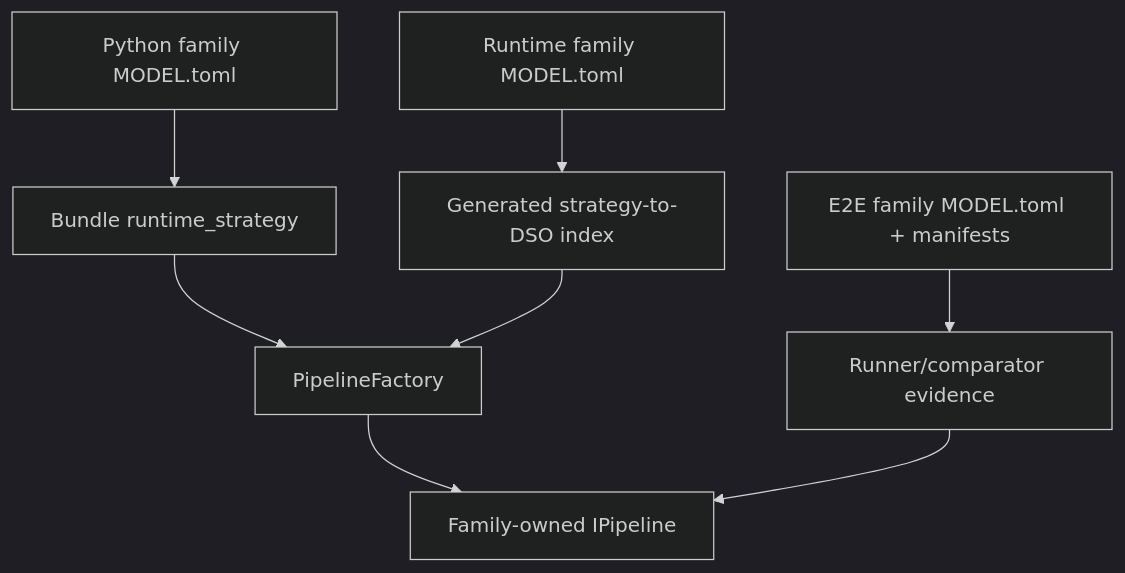
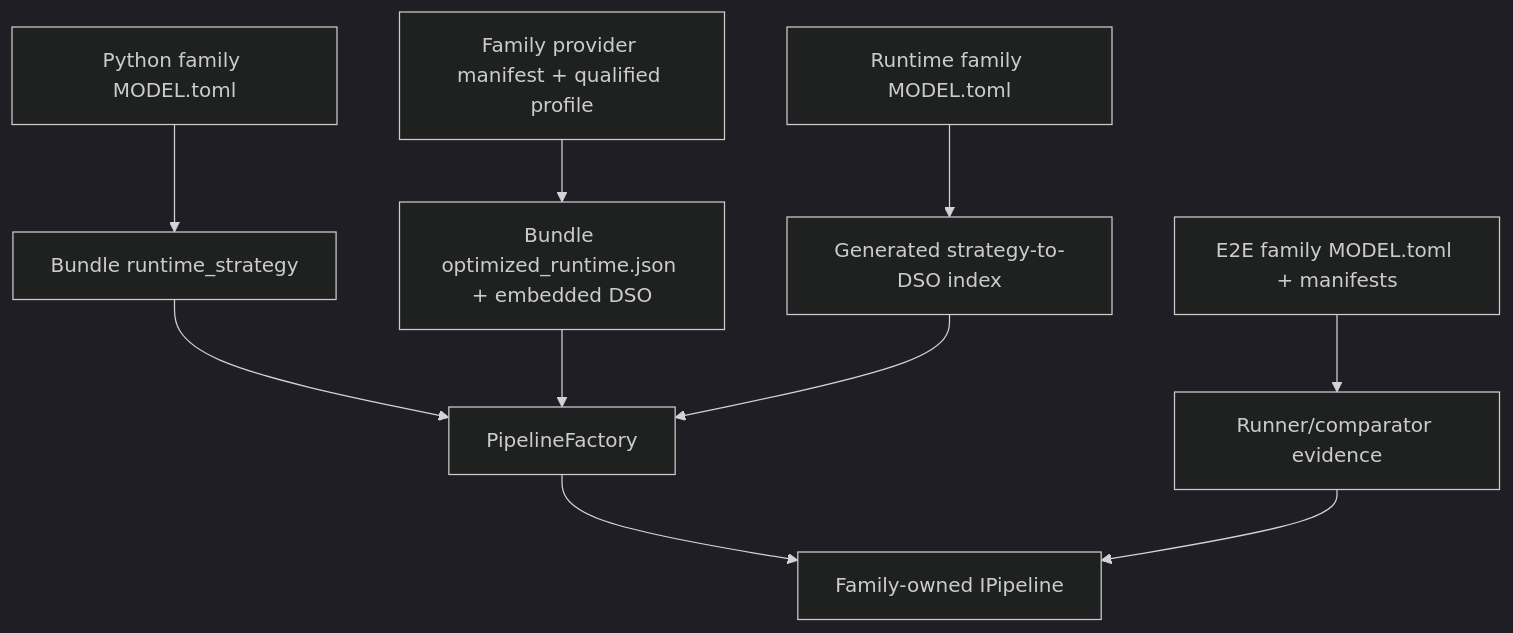
One commit to NVIDIA/TensorRT-Model-Connect changed the diagram in website/docs/wiki/Static-Design.md. Above: the diagram before and after it, drawn with Mermaid (dark theme). The commit also changed other lines of this file and 76 other files, not shown here.

````diff
--- a/website/docs/wiki/Static-Design.md
+++ b/website/docs/wiki/Static-Design.md
@@ -42,10 +43,12 @@
 ```mermaid
 flowchart TB
   Python["Python family MODEL.toml"] --> Bundle["Bundle runtime_strategy"]
+  Provider["Family provider manifest + qualified profile"] --> Optimized["Bundle optimized_runtime.json + embedded DSO"]
   Runtime["Runtime family MODEL.toml"] --> Index["Generated strategy-to-DSO index"]
   Bundle --> Factory["PipelineFactory"]
+  Optimized --> Factory
   Index --> Factory
   E2E["E2E family MODEL.toml + manifests"] --> Proof["Runner/comparator evidence"]
   Factory --> Model["Family-owned IPipeline"]
   Proof --> Model
 ```
````
